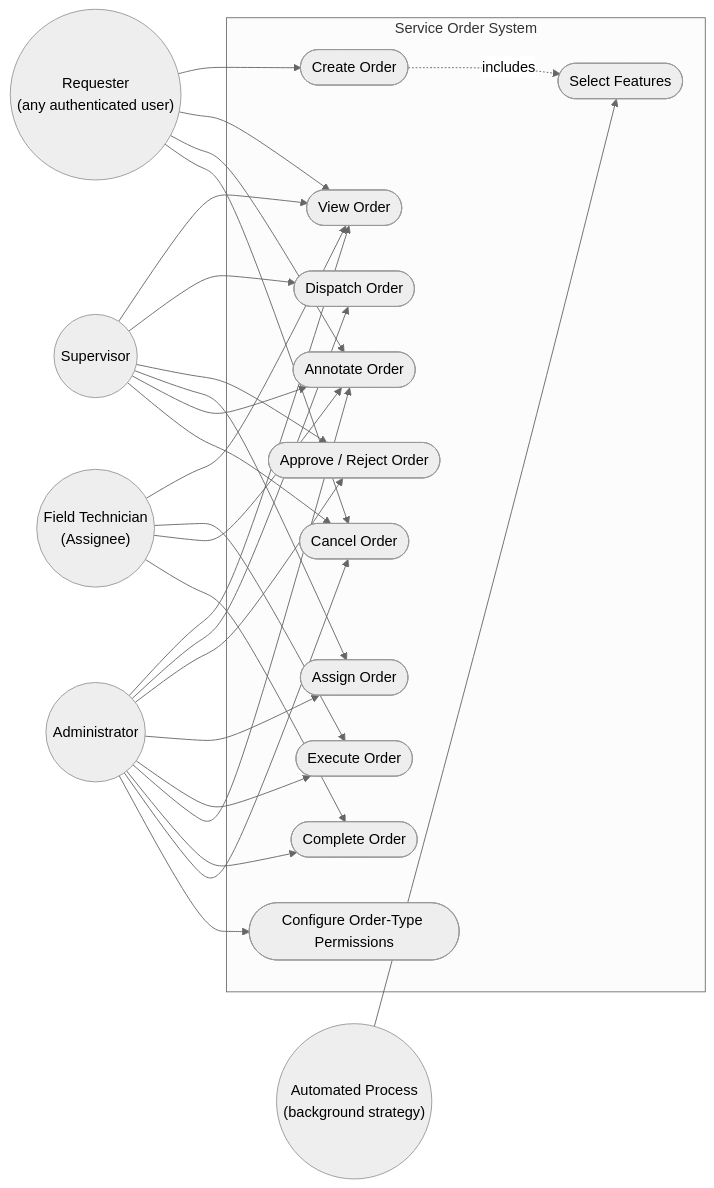
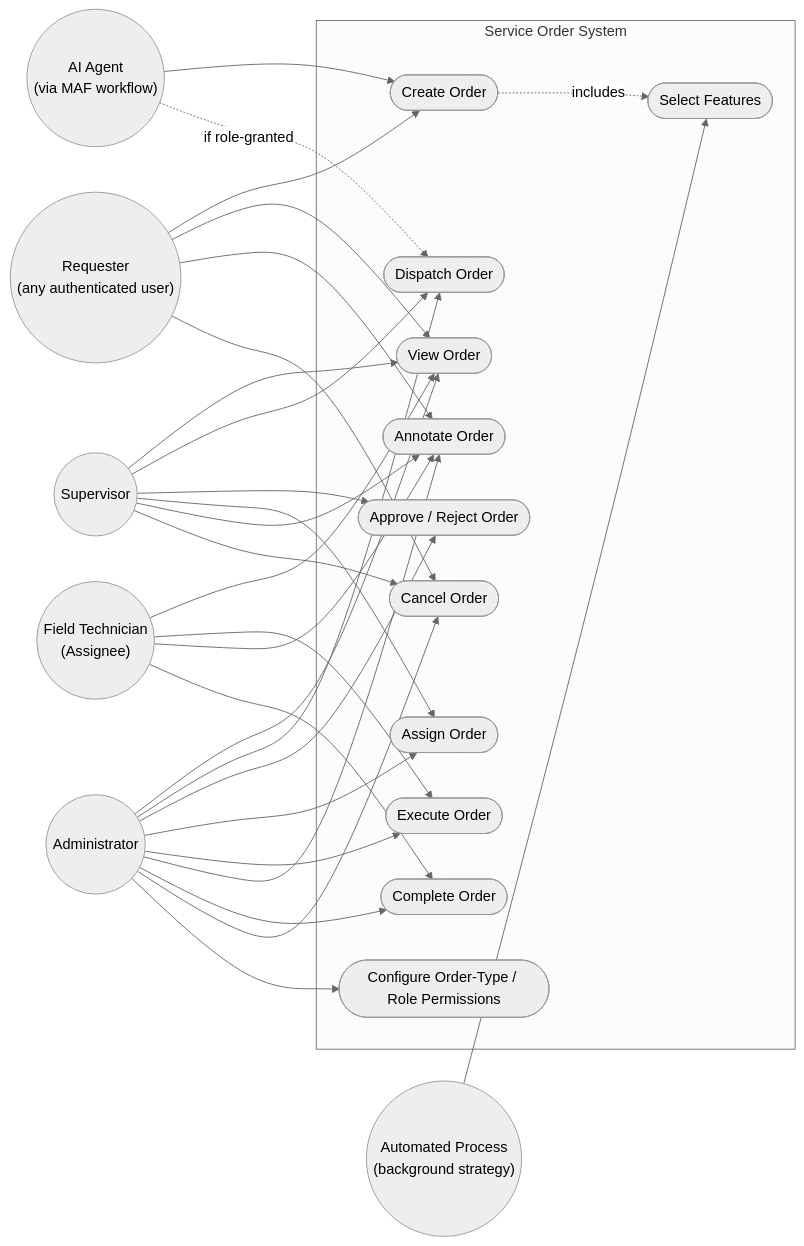
Before and after one commit to yuniorsf/GeoAssets: the eighth of 10 diagrams in ServiceOrder.md, drawn with Mermaid (neutral theme). The commit also changed other lines of this file, not shown here.

First line of the commit message:
docs: update ServiceOrder.md for Web UI, attribute schema, and fixes shipped

````diff
--- a/ServiceOrder.md
+++ b/ServiceOrder.md
@@ -382,52 +592,56 @@
 ```mermaid
 flowchart LR
     Creator(("Requester<br/>(any authenticated user)"))
     Tech(("Field Technician<br/>(Assignee)"))
     Supervisor(("Supervisor"))
     Admin(("Administrator"))
+    AIAgent(("AI Agent<br/>(via MAF workflow)"))
     Sys(("Automated Process<br/>(background strategy)"))
 
     subgraph SO["Service Order System"]
         UC1(["Create Order"])
         UC2(["View Order"])
         UC3(["Select Features"])
         UC4(["Dispatch Order"])
         UC5(["Approve / Reject Order"])
         UC6(["Assign Order"])
         UC7(["Execute Order"])
         UC8(["Annotate Order"])
         UC9(["Complete Order"])
         UC10(["Cancel Order"])
-        UC11(["Configure Order-Type Permissions"])
+        UC11(["Configure Order-Type / Role Permissions"])
     end
 
     Creator --> UC1
     Creator --> UC2
     Creator --> UC8
     Creator --> UC10
 
     Tech --> UC2
     Tech --> UC7
     Tech --> UC8
     Tech --> UC9
 
     Supervisor --> UC2
     Supervisor --> UC4
     Supervisor --> UC5
     Supervisor --> UC6
     Supervisor --> UC8
     Supervisor --> UC10
 
     Admin --> UC2
     Admin --> UC4
     Admin --> UC5
     Admin --> UC6
     Admin --> UC7
     Admin --> UC8
     Admin --> UC9
     Admin --> UC10
     Admin --> UC11
 
+    AIAgent --> UC1
+    AIAgent -.->|"if role-granted"| UC4
+
     Sys --> UC3
     UC1 -.includes.-> UC3
 ```
````
